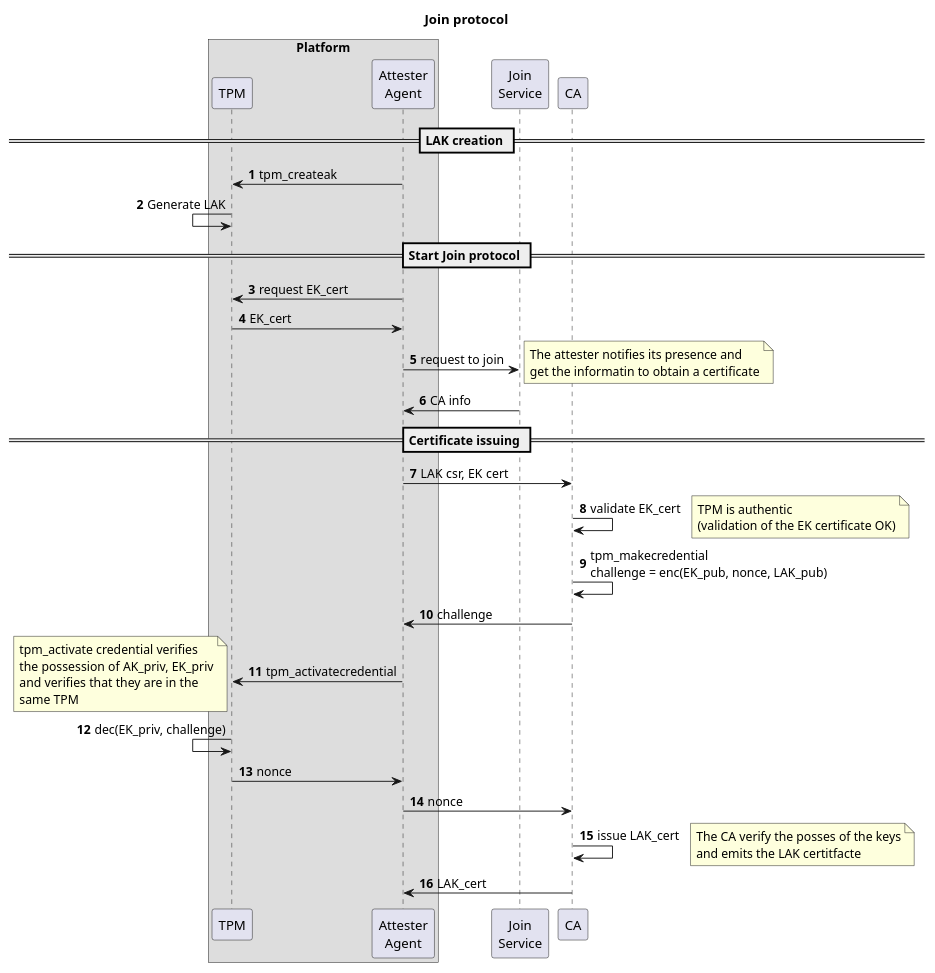
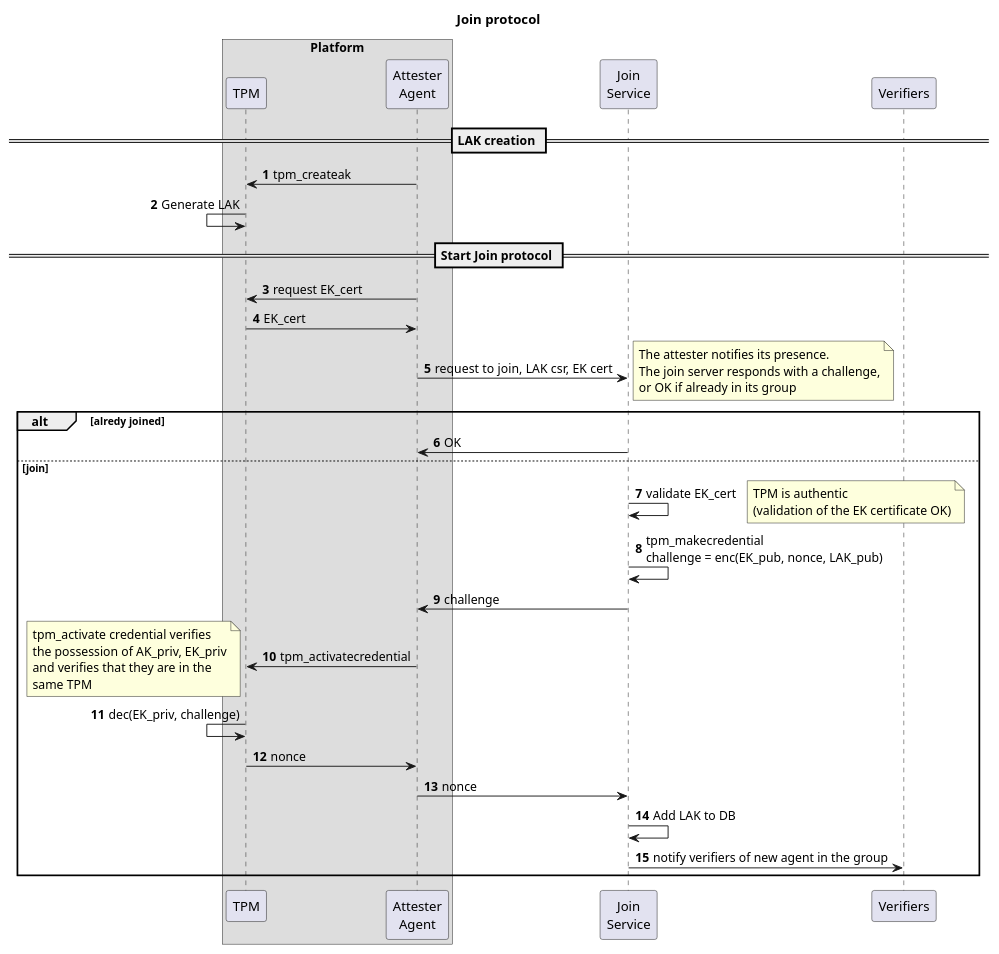
Before and after one commit to Cybersecurity-LINKS/embrave: the diagram in docs/protocols/join.puml, drawn with PlantUML.

Commit message:
Update join phase

```diff
--- a/docs/protocols/join.puml
+++ b/docs/protocols/join.puml
@@ -1,56 +1,51 @@
 @startuml join
 title
 Join protocol
 end title
 autonumber
 
 box "Platform"
 participant TPM
 participant "Attester\nAgent" as attester_agent
 endbox
 participant "Join\nService" as join_service
 
 == LAK creation ==
 TPM<-attester_agent: tpm_createak
 TPM<-TPM:  Generate LAK
 
 == Start Join protocol ==
 TPM<-attester_agent: request EK_cert
 TPM->attester_agent: EK_cert
-attester_agent->join_service: request to join
+attester_agent->join_service: request to join, LAK csr, EK cert
 note right
-The attester notifies its presence and
-get the informatin to obtain a certificate
+The attester notifies its presence.
+The join server responds with a challenge,
+or OK if already in its group
 end note
-join_service->attester_agent: CA info
 
-== Certificate issuing ==
-attester_agent->CA: LAK csr, EK cert
-CA->CA: validate EK_cert
-note right
-TPM is authentic
-(validation of the EK certificate OK)
-end note
-CA->CA: tpm_makecredential\nchallenge = enc(EK_pub, nonce, LAK_pub)
-/'note right
-LAK is resident on the same TPM of
-the EK and the TPM posses the EK_priv
-end note'/
-attester_agent<-CA: challenge
-TPM<-attester_agent: tpm_activatecredential
-note left
-tpm_activate credential verifies
-the possession of AK_priv, EK_priv
-and verifies that they are in the
-same TPM
-end note
-TPM<-TPM: dec(EK_priv, challenge)
-TPM->attester_agent: nonce
-attester_agent->CA: nonce
-CA->CA: issue LAK_cert
-note right
-The CA verify the posses of the keys
-and emits the LAK certitfacte
-end note
-CA->attester_agent: LAK_cert
+alt alredy joined
+  join_service->attester_agent: OK
+else join
+  join_service->join_service: validate EK_cert
+  note right
+    TPM is authentic
+    (validation of the EK certificate OK)
+  end note
+  join_service->join_service: tpm_makecredential\nchallenge = enc(EK_pub, nonce, LAK_pub)
+  attester_agent<-join_service: challenge
+  TPM<-attester_agent: tpm_activatecredential
+  note left
+    tpm_activate credential verifies
+    the possession of AK_priv, EK_priv
+    and verifies that they are in the
+    same TPM
+  end note
+  TPM<-TPM: dec(EK_priv, challenge)
+  TPM->attester_agent: nonce
+  attester_agent->join_service: nonce
+  join_service->join_service: Add LAK to DB
+  join_service->Verifiers: notify verifiers of new agent in the group
+end
+
 @enduml
```
